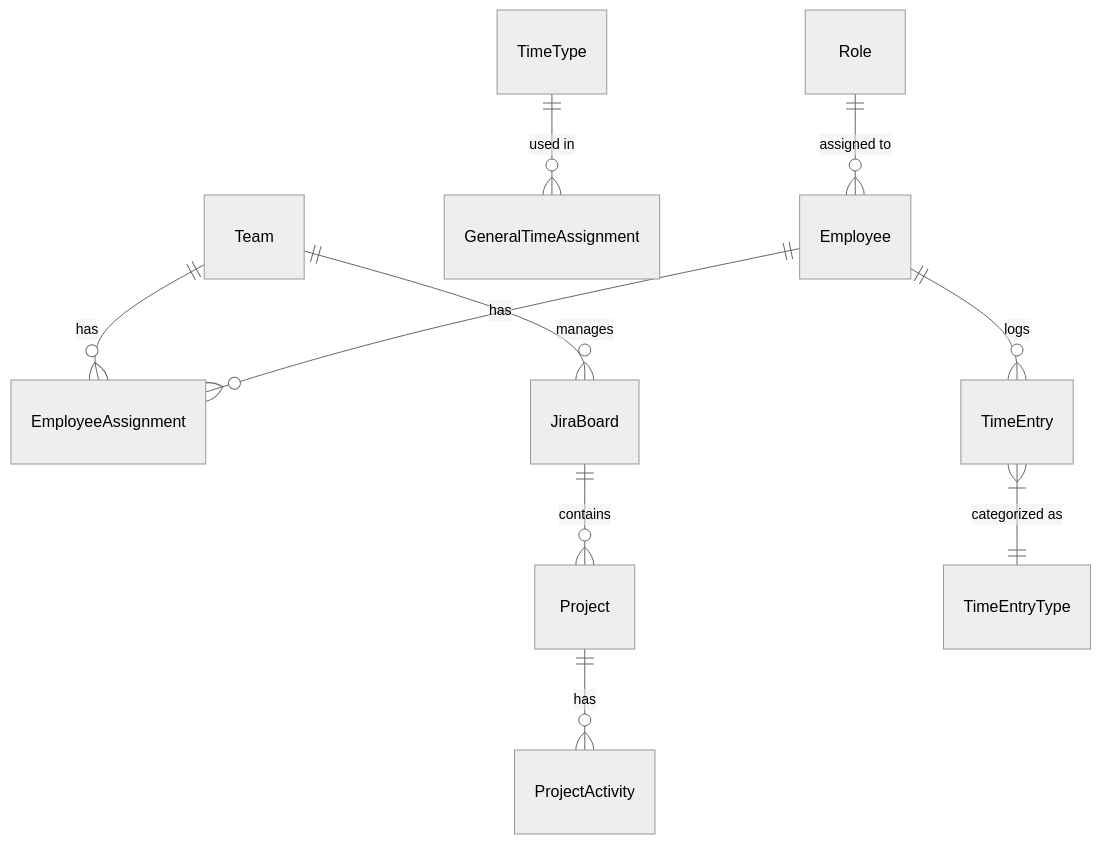
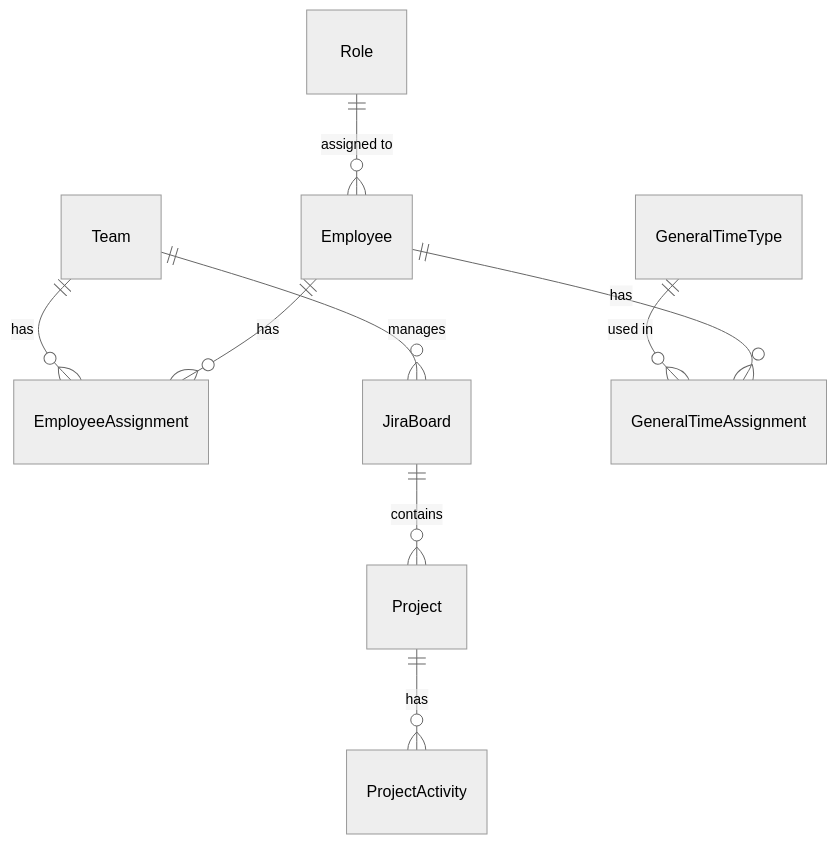
The second of 8 diagrams in docs/ARCHITECTURE.md (malinmalliyawadu/CapDevReporter), drawn with Mermaid (neutral theme) before and after one commit. The commit also changed other lines of this file, not shown here.

First line of the commit message:
docs: Update architecture diagram with refined entity relationships

````diff
--- a/docs/ARCHITECTURE.md
+++ b/docs/ARCHITECTURE.md
@@ -25,12 +25,11 @@
 ```mermaid
 erDiagram
     Team ||--o{ EmployeeAssignment : "has"
     Team ||--o{ JiraBoard : "manages"
     JiraBoard ||--o{ Project : "contains"
     Project ||--o{ ProjectActivity : "has"
-    TimeType ||--o{ GeneralTimeAssignment : "used in"
+    GeneralTimeType ||--o{ GeneralTimeAssignment : "used in"
     Role ||--o{ Employee : "assigned to"
     Employee ||--o{ EmployeeAssignment : "has"
-    Employee ||--o{ TimeEntry : "logs"
-    TimeEntry }|--|| TimeEntryType : "categorized as"
+    Employee ||--o{ GeneralTimeAssignment : "has"
 ```
````
